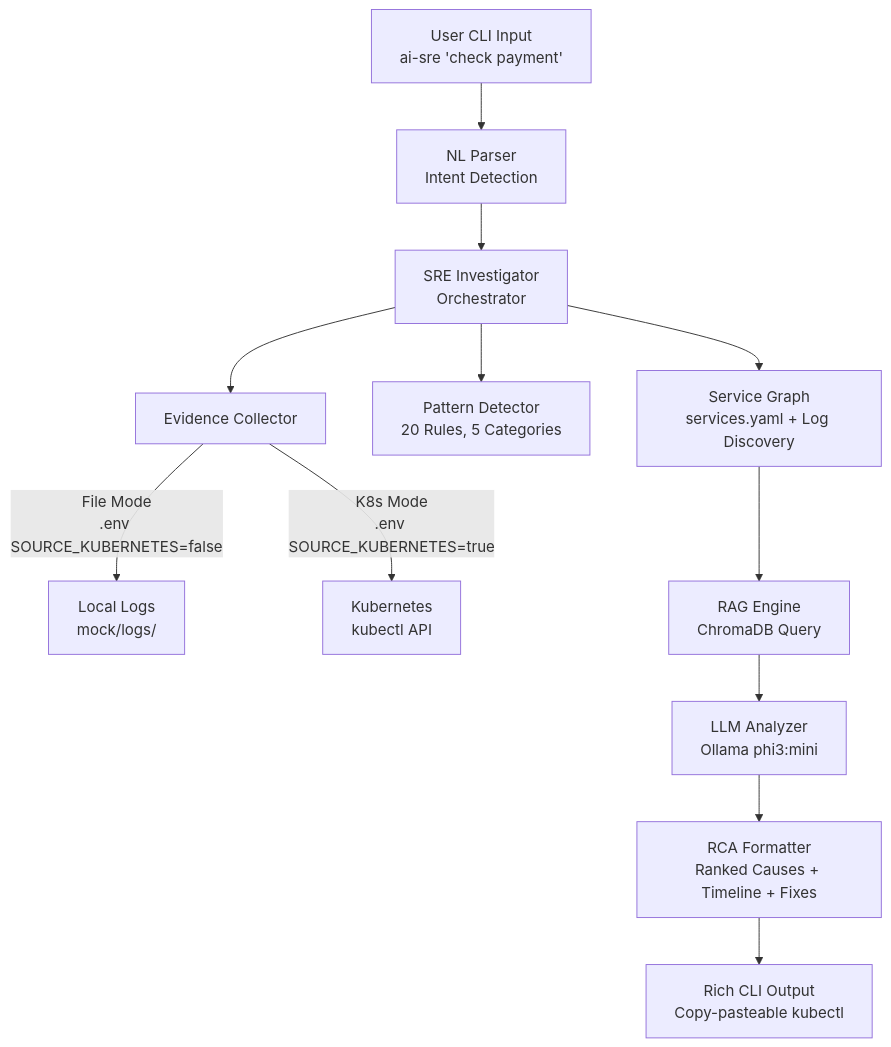
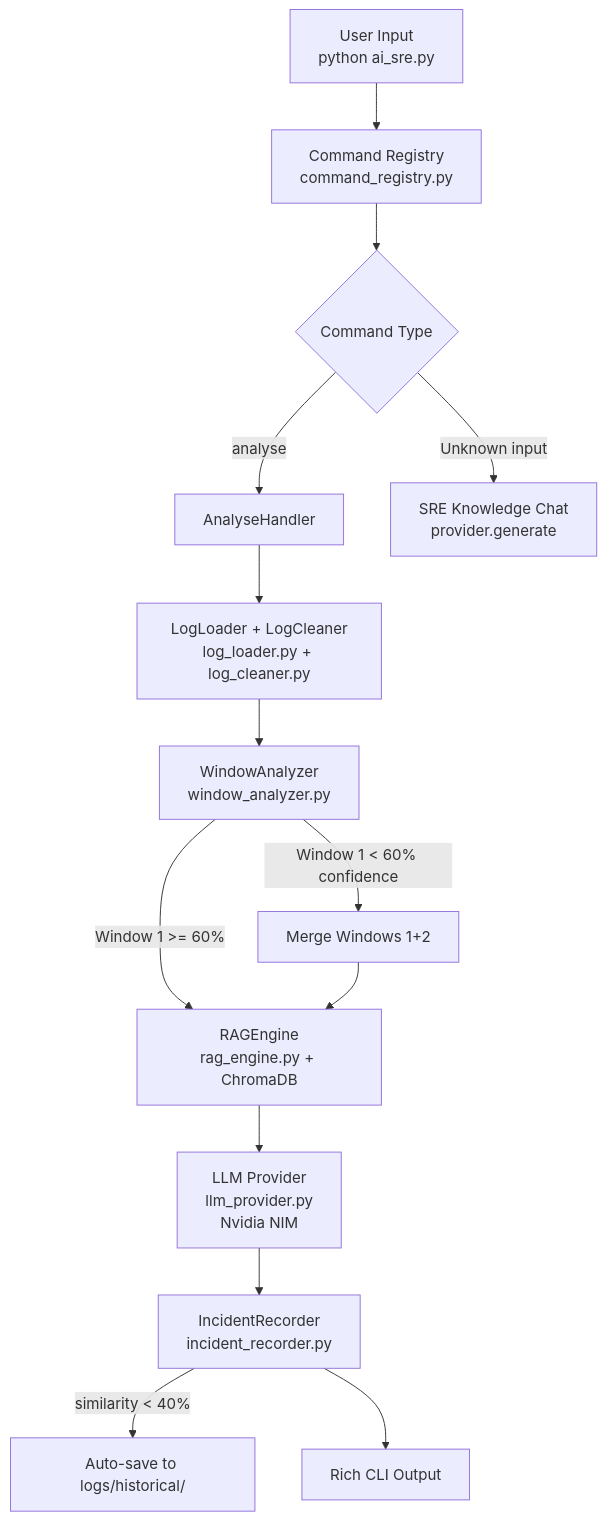
The first of 4 diagrams in docs/dissertation_report.md (cloud-pulse/sre-rca-tool), drawn with Mermaid before and after one commit. The commit also changed other lines of this file and 49 other files, not shown here.

````diff
--- a/docs/dissertation_report.md
+++ b/docs/dissertation_report.md
@@ -62,14 +77,16 @@
 ```mermaid
 graph TD
-    A[User CLI Input<br>ai-sre 'check payment'] --> B[NL Parser<br/>Intent Detection]
-    B --> C[SRE Investigator<br/>Orchestrator]
-    C --> D[Evidence Collector]
-    D -->|File Mode<br/>.env SOURCE_KUBERNETES=false| E[Local Logs<br/>mock/logs/]
-    D -->|K8s Mode<br/>.env SOURCE_KUBERNETES=true| F[Kubernetes<br/>kubectl API]
-    C --> G[Pattern Detector<br/>20 Rules, 5 Categories]
-    C --> H[Service Graph<br/>services.yaml + Log Discovery]
-    H --> I[RAG Engine<br/>ChromaDB Query]
-    I --> J[LLM Analyzer<br/>Ollama phi3:mini]
-    J --> K[RCA Formatter<br/>Ranked Causes + Timeline + Fixes]
-    K --> L[Rich CLI Output<br/>Copy-pasteable kubectl]
+    A[User Input<br/>python ai_sre.py] --> B[Command Registry<br/>command_registry.py]
+    B --> C{Command Type}
+    C -->|analyse| D[AnalyseHandler]
+    C -->|Unknown input| E[SRE Knowledge Chat<br/>provider.generate]
+    D --> F[LogLoader + LogCleaner<br/>log_loader.py + log_cleaner.py]
+    F --> G[WindowAnalyzer<br/>window_analyzer.py]
+    G -->|Window 1 < 60% confidence| H[Merge Windows 1+2]
+    G -->|Window 1 >= 60%| I[RAGEngine<br/>rag_engine.py + ChromaDB]
+    H --> I
+    I --> J[LLM Provider<br/>llm_provider.py<br/>Nvidia NIM]
+    J --> K[IncidentRecorder<br/>incident_recorder.py]
+    K -->|similarity < 40%| L[Auto-save to logs/historical/]
+    K --> M[Rich CLI Output]
 ```
````
